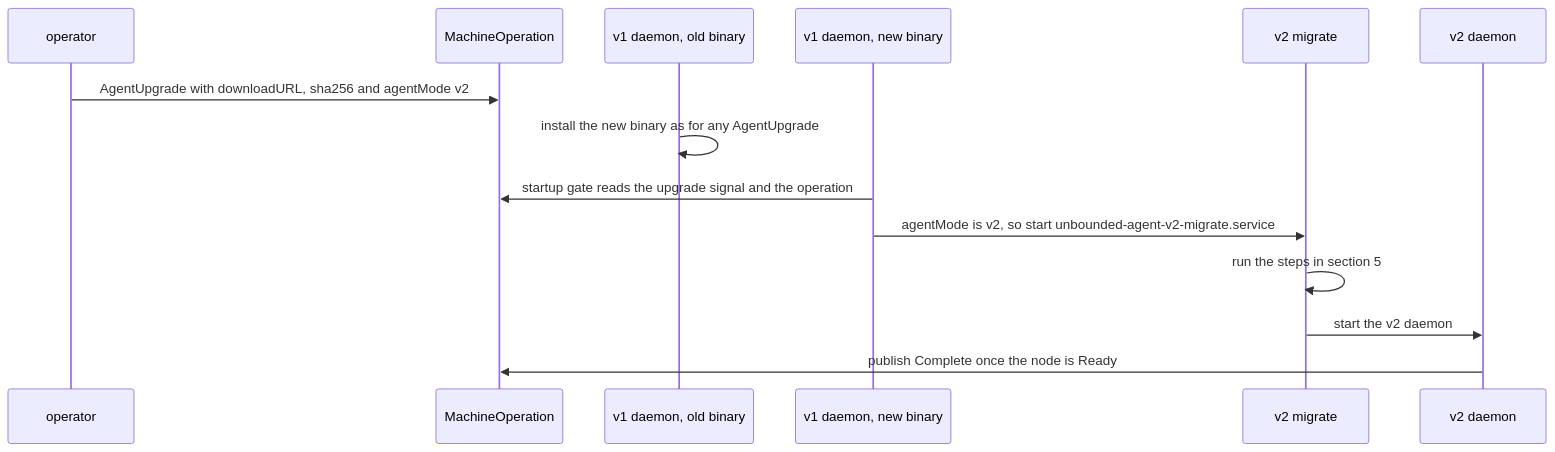
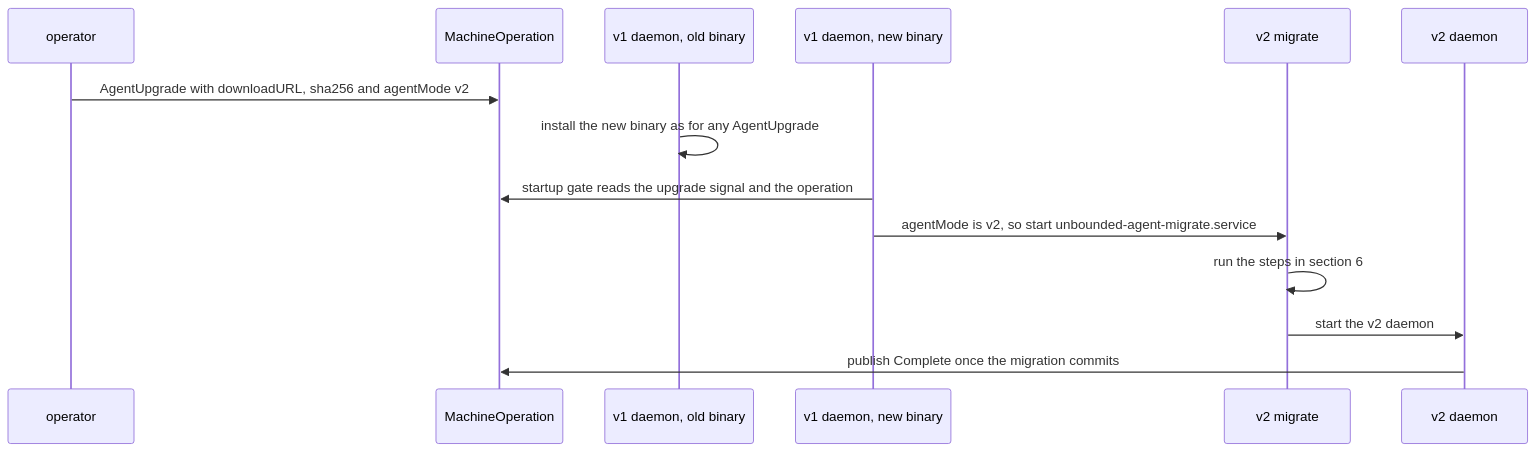
The first of 2 diagrams in designs/agent-v2/10-migration-from-v1.md (Azure/unbounded), drawn with Mermaid before and after one commit. The commit also changed other lines of this file and 9 other files, not shown here.

````diff
--- a/designs/agent-v2/10-migration-from-v1.md
+++ b/designs/agent-v2/10-migration-from-v1.md
@@ -65,16 +103,16 @@
 ```mermaid
 sequenceDiagram
   participant Op as operator
   participant MO as MachineOperation
   participant D1 as v1 daemon, old binary
   participant N1 as v1 daemon, new binary
   participant MG as v2 migrate
   participant D2 as v2 daemon
   Op->>MO: AgentUpgrade with downloadURL, sha256 and agentMode v2
   D1->>D1: install the new binary as for any AgentUpgrade
   N1->>MO: startup gate reads the upgrade signal and the operation
-  N1->>MG: agentMode is v2, so start unbounded-agent-v2-migrate.service
-  MG->>MG: run the steps in section 5
+  N1->>MG: agentMode is v2, so start unbounded-agent-migrate.service
+  MG->>MG: run the steps in section 6
   MG->>D2: start the v2 daemon
-  D2->>MO: publish Complete once the node is Ready
+  D2->>MO: publish Complete once the migration commits
 ```
````
